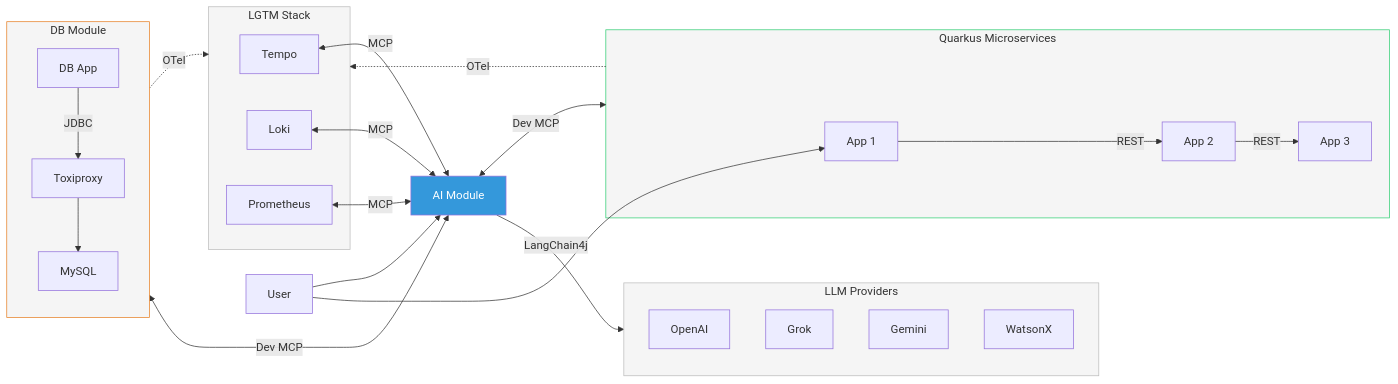
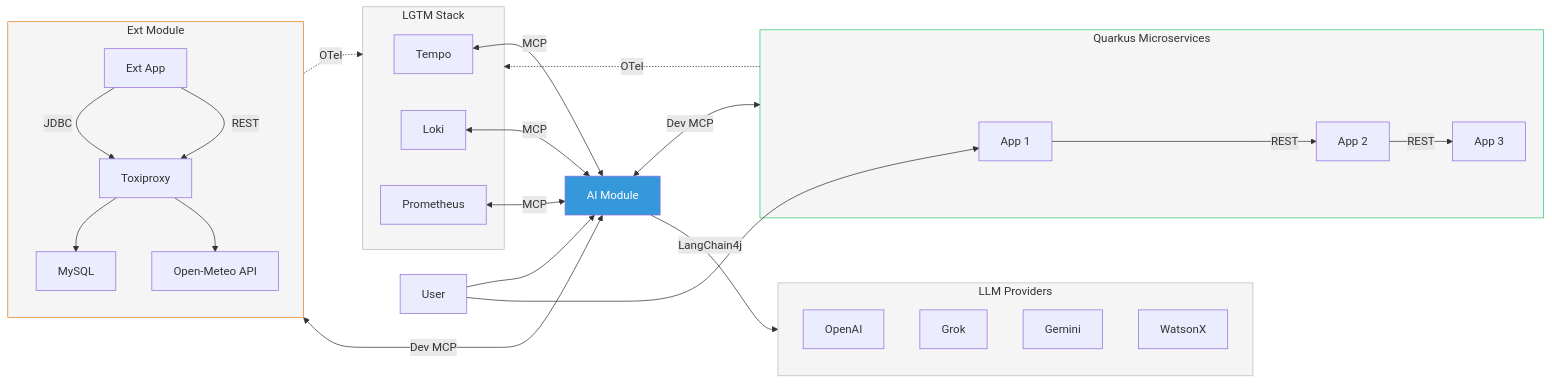
Before and after one commit to alesj/telemetry-ai: the first of 3 diagrams in docs/supplementary/SLIDES.md, drawn with Mermaid. The commit also changed other lines of this file and 23 other files, not shown here.

Commit message:
Add external REST calls tests, disable Grafana MCP health-checks

```diff
--- a/docs/supplementary/SLIDES.md
+++ b/docs/supplementary/SLIDES.md
@@ -80,45 +81,48 @@
 <pre class="mermaid">
 flowchart LR
 User[User]
 AI[AI Module]
 subgraph Apps[Quarkus Microservices]
 App1[App 1]
 App2[App 2]
 App3[App 3]
 end
-subgraph DB[DB Module]
-DbApp[DB App]
+subgraph Ext[Ext Module]
+ExtApp[Ext App]
 Toxi[Toxiproxy]
 MySQL[MySQL]
+OpenMeteo[Open-Meteo API]
 end
 subgraph LGTM[LGTM Stack]
 Tempo[Tempo]
 Loki[Loki]
 Prom[Prometheus]
 end
 subgraph LLMs[LLM Providers]
 OpenAI[OpenAI]
 Grok[Grok]
 Gemini[Gemini]
 WatsonX[WatsonX]
 end
 User --> AI
 User --> App1
 App1 -->|REST| App2
 App2 -->|REST| App3
-DbApp -->|JDBC| Toxi
+ExtApp -->|JDBC| Toxi
+ExtApp -->|REST| Toxi
 Toxi --> MySQL
+Toxi --> OpenMeteo
 Apps -.->|OTel| LGTM
-DB -.->|OTel| LGTM
+Ext -.->|OTel| LGTM
 Tempo <-->|MCP| AI
 Loki <-->|MCP| AI
 Prom <-->|MCP| AI
 AI <-->|Dev MCP| Apps
-AI <-->|Dev MCP| DB
+AI <-->|Dev MCP| Ext
 AI -->|LangChain4j| LLMs
 style AI fill:#3498db,color:#fff
 style Apps fill:#f5f5f5,stroke:#2ecc71
-style DB fill:#f5f5f5,stroke:#e67e22
+style Ext fill:#f5f5f5,stroke:#e67e22
 style LGTM fill:#f5f5f5,stroke:#bbb
 style LLMs fill:#f5f5f5,stroke:#bbb
 </pre>
```
